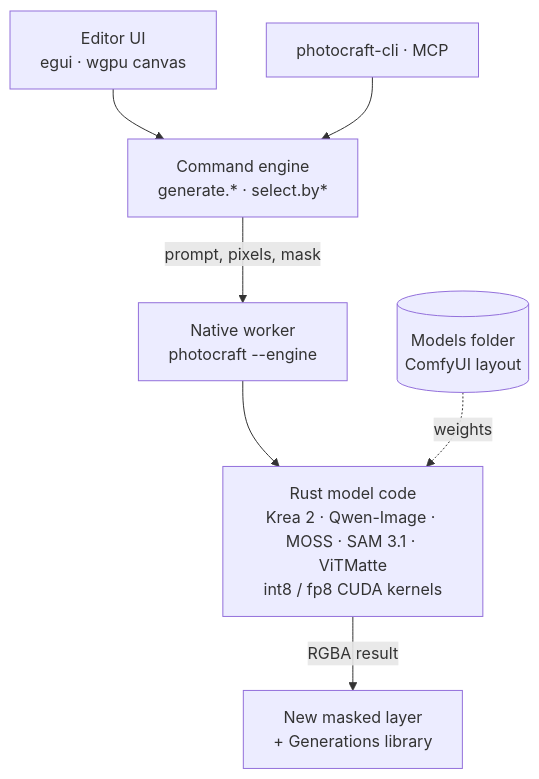
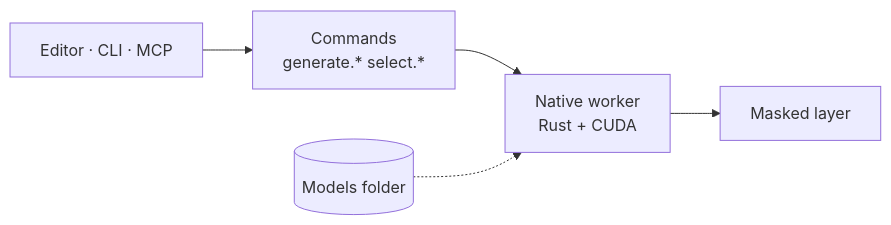
Before and after one commit to CodyChuGit/ShotoPhopEX: the diagram in README.md, drawn with Mermaid.

Commit message:
README: compact one-row How it works diagram

````diff
--- a/README.md
+++ b/README.md
@@ -451,17 +451,7 @@
 ```mermaid
-flowchart TD
-    UI["Editor UI<br/>egui · wgpu canvas"]
-    CLI["photocraft-cli · MCP"]
-    CMD["Command engine<br/>generate.* · select.by*"]
-    W["Native worker<br/>photocraft --engine"]
-    K["Rust model code<br/>Krea 2 · Qwen-Image · MOSS · SAM 3.1 · ViTMatte<br/>int8 / fp8 CUDA kernels"]
-    M[("Models folder<br/>ComfyUI layout")]
-    L["New masked layer<br/>+ Generations library"]
-
-    UI --> CMD
-    CLI --> CMD
-    CMD -- "prompt, pixels, mask" --> W
-    W --> K
-    M -. "weights" .-> K
-    K -- "RGBA result" --> L
+flowchart LR
+    A["Editor · CLI · MCP"] --> B["Commands<br/>generate.* select.*"]
+    B --> C["Native worker<br/>Rust + CUDA"]
+    D[("Models folder")] -.-> C
+    C --> E["Masked layer"]
 ```
````
